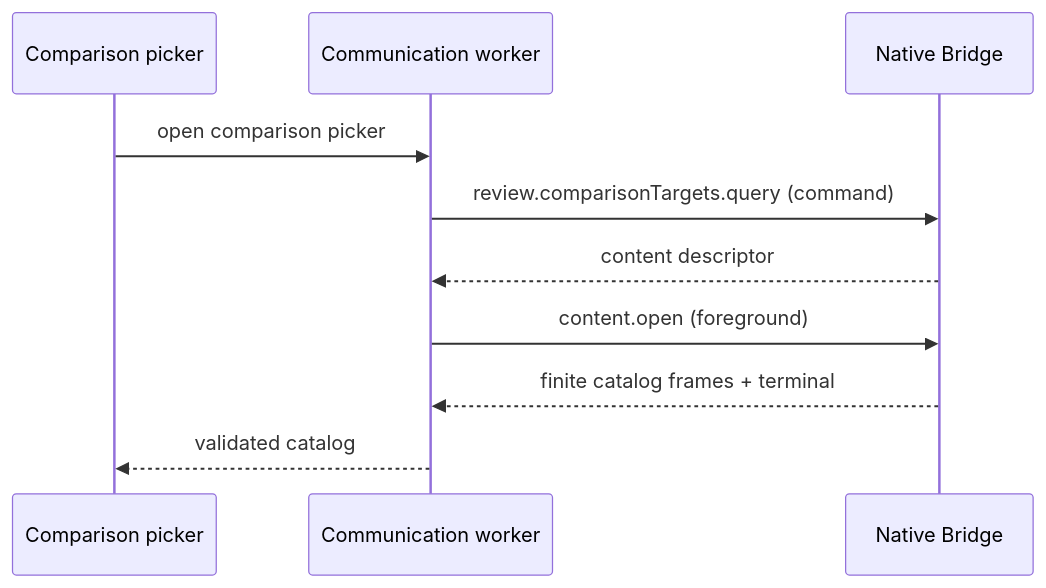
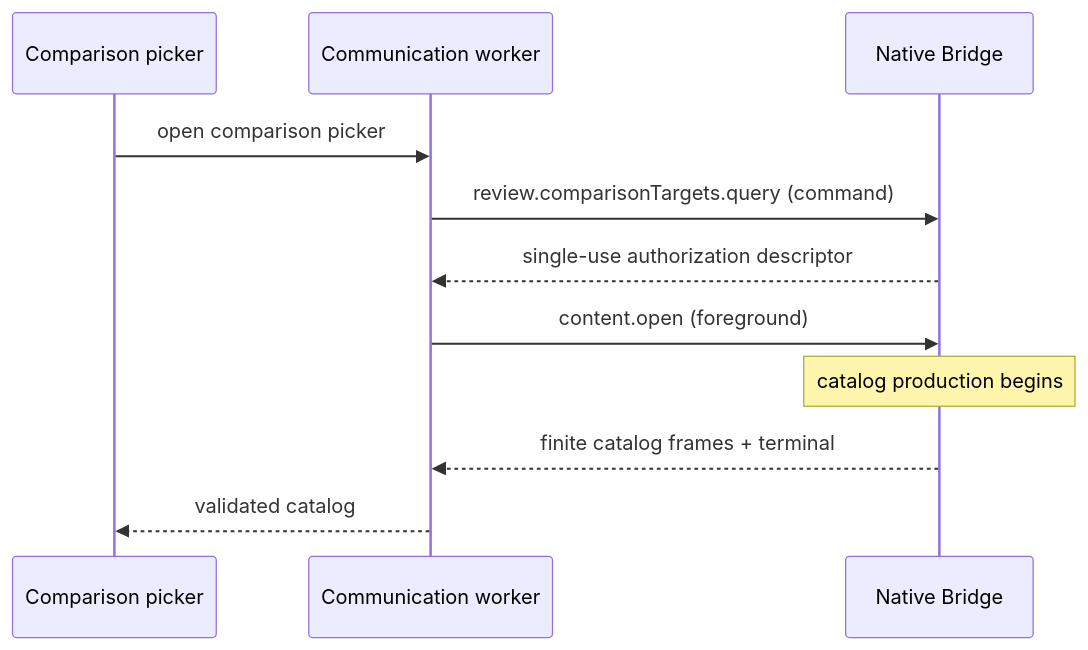
One commit to ShravanSunder/agentstudio changed the second of 3 diagrams in docs/specs/2026-08-10-bridge-review-comparison-target-loading/specification.md. Above: the diagram before and after it, drawn with Mermaid. The commit also changed other lines of this file and 2 other files, not shown here.

Commit message:
Design comparison catalog production boundary

````diff
--- a/docs/specs/2026-08-10-bridge-review-comparison-target-loading/specification.md
+++ b/docs/specs/2026-08-10-bridge-review-comparison-target-loading/specification.md
@@ -84,12 +92,13 @@
 ```mermaid
 sequenceDiagram
     participant UI as Comparison picker
     participant W as Communication worker
     participant N as Native Bridge
     UI->>W: open comparison picker
     W->>N: review.comparisonTargets.query (command)
-    N-->>W: content descriptor
+    N-->>W: single-use authorization descriptor
     W->>N: content.open (foreground)
+    Note over N: catalog production begins
     N-->>W: finite catalog frames + terminal
     W-->>UI: validated catalog
 ```
````
